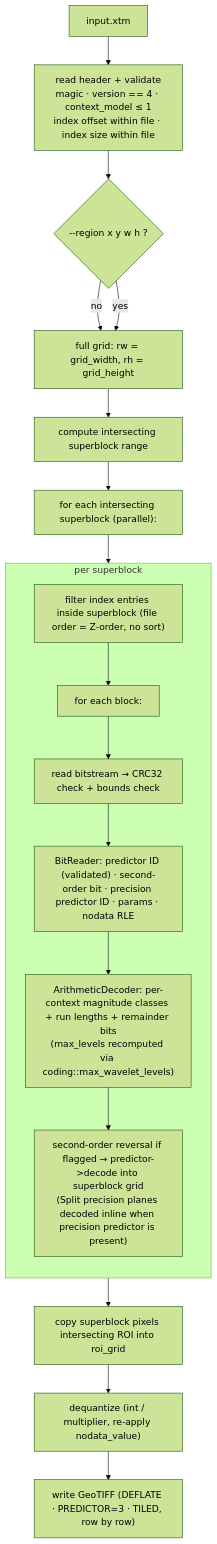
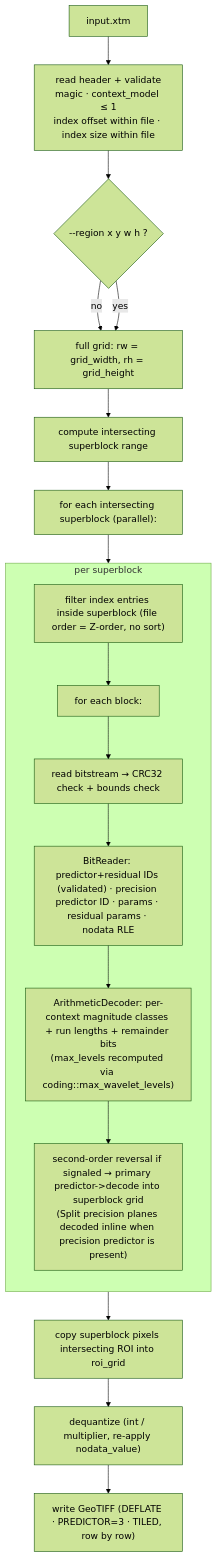
The eighth of 10 diagrams in docs/pipeline.md (yashwk/libxtm), drawn with Mermaid (forest theme) before and after one commit. The commit also changed other lines of this file and 30 other files, not shown here.

````diff
--- a/docs/pipeline.md
+++ b/docs/pipeline.md
@@ -354,24 +359,24 @@
 ```mermaid
 flowchart TB
-    X["input.xtm"] --> H["read header + validate<br/>magic · version == 4 · context_model ≤ 1<br/>index offset within file · index size within file"]
+    X["input.xtm"] --> H["read header + validate<br/>magic · context_model ≤ 1<br/>index offset within file · index size within file"]
     H --> ROI{"--region x y w h ?"}
     ROI -- no --> ROI2["full grid: rw = grid_width, rh = grid_height"]
     ROI -- yes --> ROI2
     ROI2 --> SBX["compute intersecting superblock range"]
     SBX --> WORK["for each intersecting superblock (parallel):"]
 
     subgraph SB["per superblock"]
         direction TB
         W1["filter index entries inside superblock (file order = Z-order, no sort)"]
         W2["for each block:"]
         W3["read bitstream → CRC32 check + bounds check"]
-        W4["BitReader: predictor ID (validated) · second-order bit · precision predictor ID · params · nodata RLE"]
+        W4["BitReader: predictor+residual IDs (validated) · precision predictor ID · params · residual params · nodata RLE"]
         W5["ArithmeticDecoder: per-context magnitude classes + run lengths + remainder bits<br/>(max_levels recomputed via coding::max_wavelet_levels)"]
-        W6["second-order reversal if flagged → predictor->decode into superblock grid<br/>(Split precision planes decoded inline when precision predictor is present)"]
+        W6["second-order reversal if signaled → primary predictor->decode into superblock grid<br/>(Split precision planes decoded inline when precision predictor is present)"]
         W1 --> W2 --> W3 --> W4 --> W5 --> W6
     end
 
     WORK --> SB --> MERGE["copy superblock pixels intersecting ROI into roi_grid"]
     MERGE --> DQ["dequantize (int / multiplier, re-apply nodata_value)"]
     DQ --> OUT["write GeoTIFF (DEFLATE · PREDICTOR=3 · TILED, row by row)"]
 ```
````
